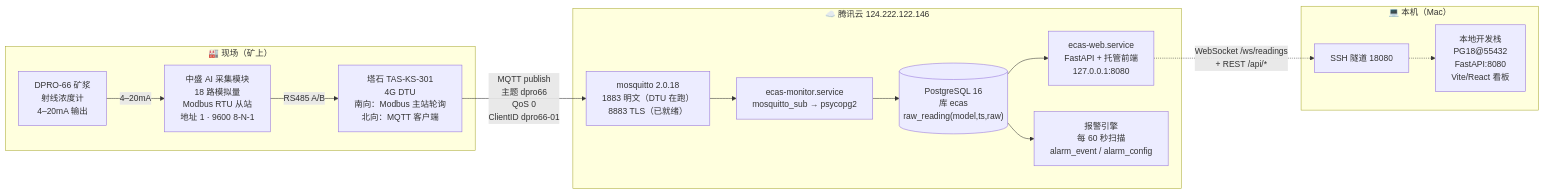
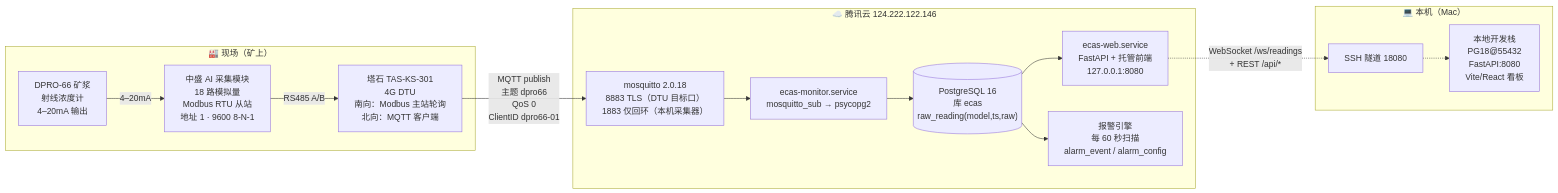
Before and after one commit to Free-Aaron-Li/ecas: the diagram in docs/ECAS部署与踩坑手册.md, drawn with Mermaid. The commit also changed other lines of this file and 1 other file, not shown here.

Commit message:
docs(mqtt): DTU 端口仍为 1883 的判读（wrong version number）+ 1883 明文口收口到回环

````diff
--- a/docs/ECAS部署与踩坑手册.md
+++ b/docs/ECAS部署与踩坑手册.md
@@ -58,30 +58,30 @@
 ```mermaid
 flowchart LR
     subgraph 现场["🏭 现场（矿上）"]
         A["DPRO-66 矿浆<br/>射线浓度计<br/>4–20mA 输出"]
         B["中盛 AI 采集模块<br/>18 路模拟量<br/>Modbus RTU 从站<br/>地址 1 · 9600 8-N-1"]
         C["塔石 TAS-KS-301<br/>4G DTU<br/>南向：Modbus 主站轮询<br/>北向：MQTT 客户端"]
         A -->|4–20mA| B
         B -->|RS485 A/B| C
     end
 
     subgraph 云["☁️ 腾讯云 124.222.122.146"]
-        D["mosquitto 2.0.18<br/>1883 明文（DTU 在跑）<br/>8883 TLS（已就绪）"]
+        D["mosquitto 2.0.18<br/>8883 TLS（DTU 目标口）<br/>1883 仅回环（本机采集器）"]
         E["ecas-monitor.service<br/>mosquitto_sub → psycopg2"]
         F[("PostgreSQL 16<br/>库 ecas<br/>raw_reading(model,ts,raw)")]
         G["ecas-web.service<br/>FastAPI + 托管前端<br/>127.0.0.1:8080"]
         H["报警引擎<br/>每 60 秒扫描<br/>alarm_event / alarm_config"]
         D --> E --> F
         F --> G
         F --> H
     end
 
     subgraph 本地["💻 本机（Mac）"]
         I["本地开发栈<br/>PG18@55432<br/>FastAPI:8080<br/>Vite/React 看板"]
         J["SSH 隧道 18080"]
     end
 
     C -->|MQTT publish<br/>主题 dpro66<br/>QoS 0<br/>ClientID dpro66-01| D
     G -.->|WebSocket /ws/readings<br/>+ REST /api/*| J
     J -.-> I
 ```
````
